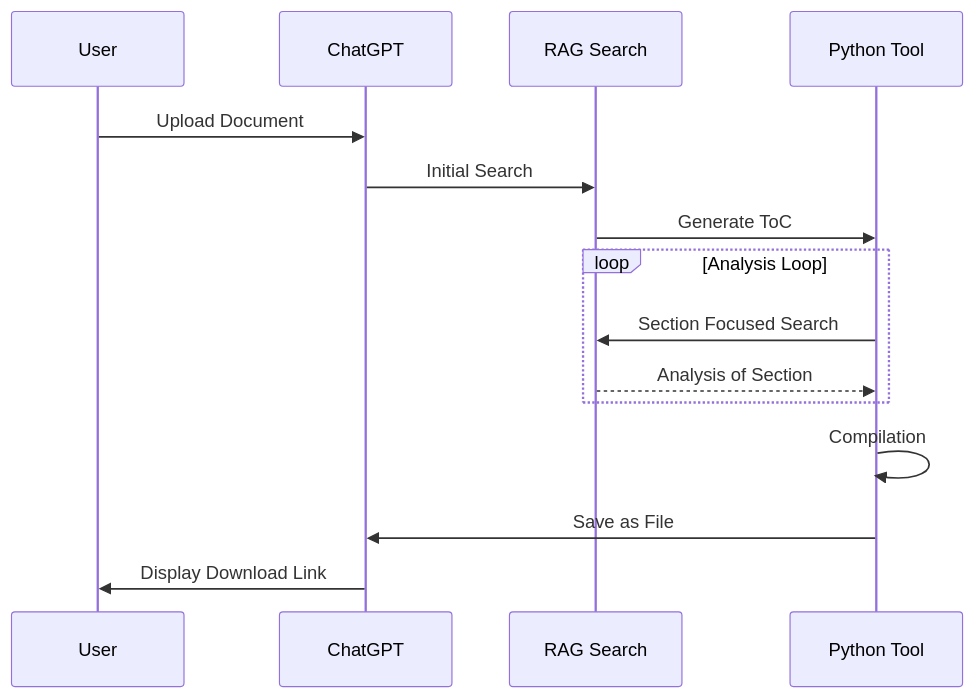
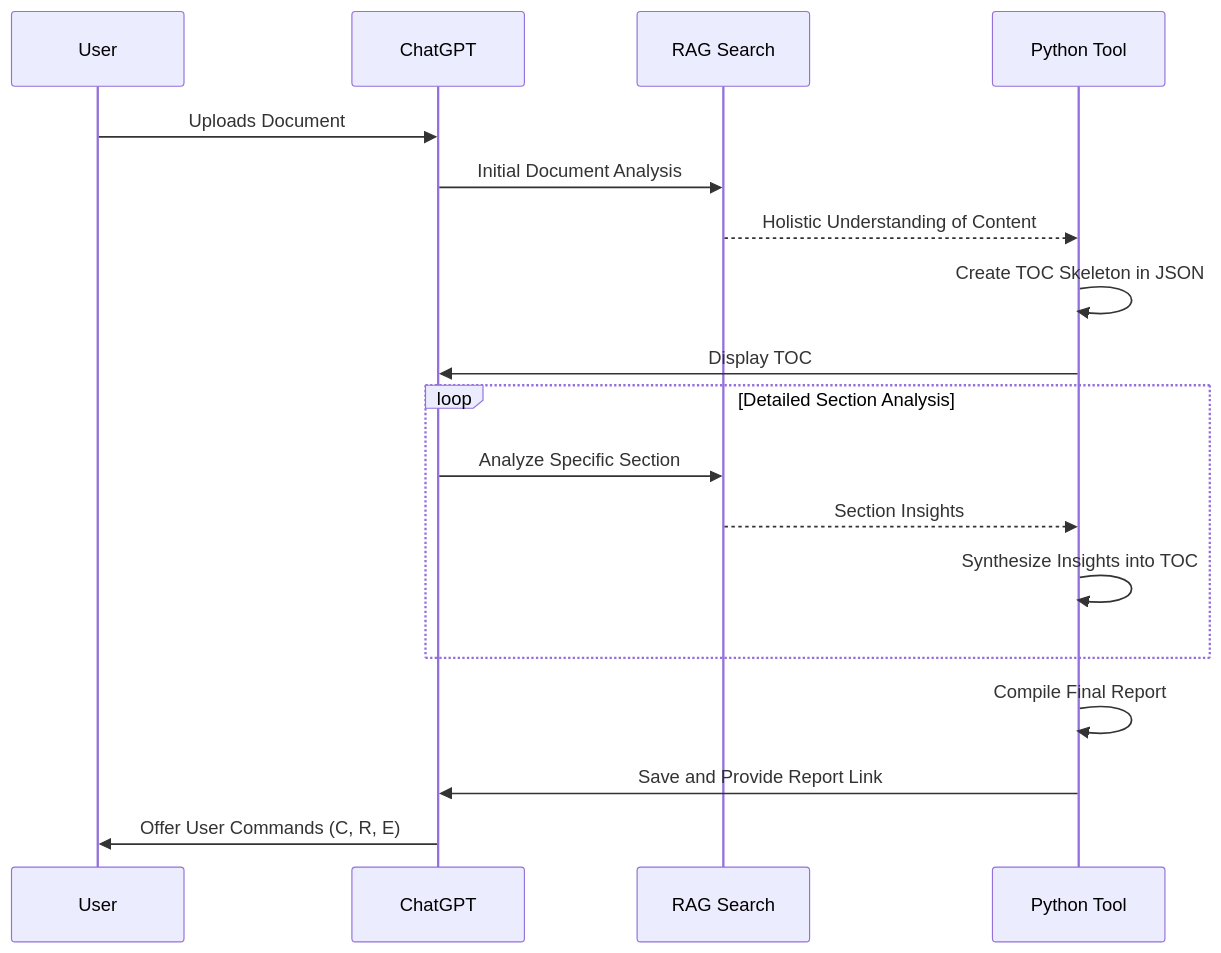
One commit to nerority/Advanced-GPTs changed the second of 11 diagrams in README.md. Above: the diagram before and after it, drawn with Mermaid. The commit also changed other lines of this file, not shown here.

````diff
--- a/README.md
+++ b/README.md
@@ -116,18 +119,21 @@
 ```mermaid
 sequenceDiagram
     participant User
     participant ChatGPT
     participant RAG as RAG Search
     participant PythonTool as Python Tool
 
-    User->>ChatGPT: Upload Document
-    ChatGPT->>RAG: Initial Search
-    RAG->>PythonTool: Generate ToC
-    loop Analysis Loop
-        PythonTool->>RAG: Section Focused Search
-        RAG-->>PythonTool: Analysis of Section
+    User->>ChatGPT: Uploads Document
+    ChatGPT->>RAG: Initial Document Analysis
+    RAG-->>PythonTool: Holistic Understanding of Content
+    PythonTool->>PythonTool: Create TOC Skeleton in JSON
+    PythonTool->>ChatGPT: Display TOC
+    loop Detailed Section Analysis
+        ChatGPT->>RAG: Analyze Specific Section
+        RAG-->>PythonTool: Section Insights
+        PythonTool->>PythonTool: Synthesize Insights into TOC
     end
-    PythonTool->>PythonTool: Compilation
-    PythonTool->>ChatGPT: Save as File
-    ChatGPT->>User: Display Download Link
+    PythonTool->>PythonTool: Compile Final Report
+    PythonTool->>ChatGPT: Save and Provide Report Link
+    ChatGPT->>User: Offer User Commands (C, R, E)
 ```
````
